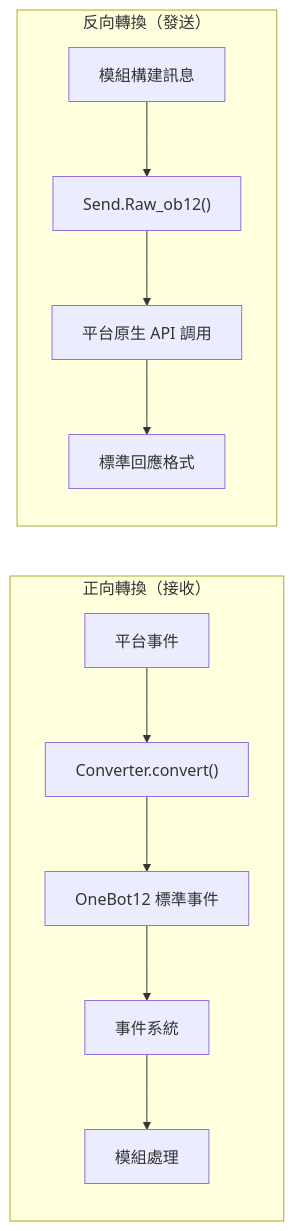
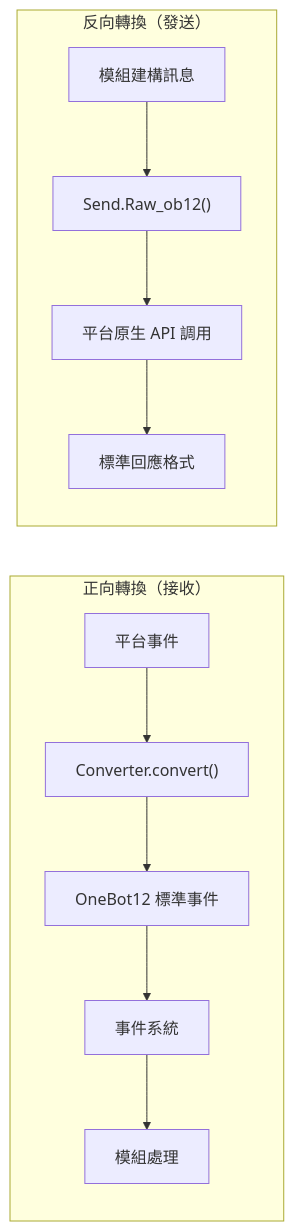
Before and after one commit to ErisPulse/ErisPulse: the diagram in docs/zh-TW/developer-guide/adapters/getting-started.md, drawn with Mermaid. The commit also changed other lines of this file and 17 other files, not shown here.

````diff
--- a/docs/zh-TW/developer-guide/adapters/getting-started.md
+++ b/docs/zh-TW/developer-guide/adapters/getting-started.md
@@ -21,11 +21,11 @@
 ```mermaid
 flowchart LR
     subgraph receive["正向轉換（接收）"]
         direction TB
         P1["平台事件"] --> C1["Converter.convert()"] --> O1["OneBot12 標準事件"] --> S1["事件系統"] --> M1["模組處理"]
     end
     subgraph send["反向轉換（發送）"]
         direction TB
-        M2["模組構建訊息"] --> R1["Send.Raw_ob12()"] --> N1["平台原生 API 調用"] --> R2["標準回應格式"]
+        M2["模組建構訊息"] --> R1["Send.Raw_ob12()"] --> N1["平台原生 API 調用"] --> R2["標準回應格式"]
     end
 ```
````
